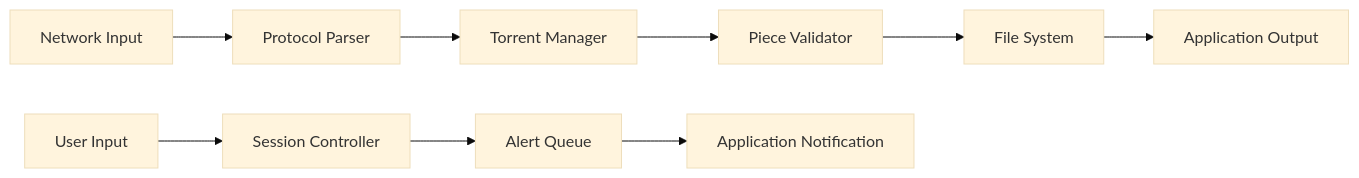
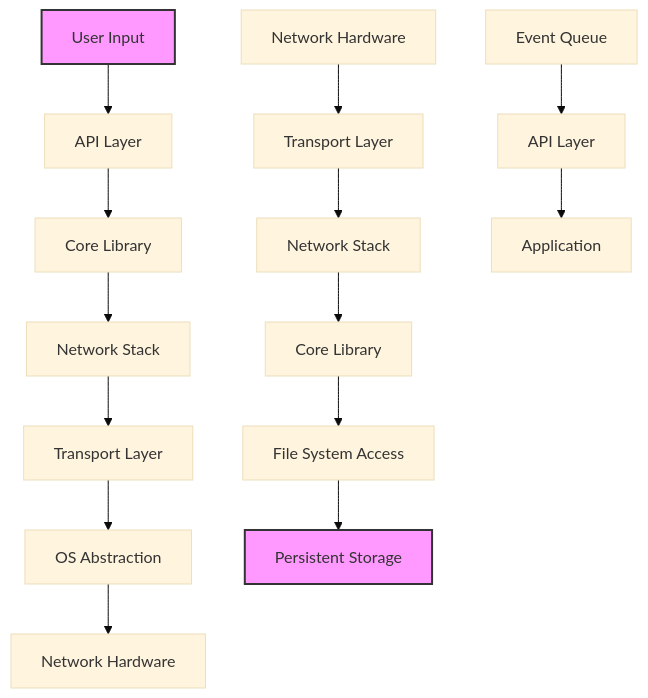
One commit to procrash/mkdocs_on_steroids changed the second of 3 diagrams in docs/generated/01-architecture.md. Above: the diagram before and after it, drawn with Mermaid (base theme). The commit also changed other lines of this file and 205 other files, not shown here.

````diff
--- a/docs/generated/01-architecture.md
+++ b/docs/generated/01-architecture.md
@@ -118,11 +137,21 @@
 ```mermaid
-flowchart LR
-    A[Network Input] --> B[Protocol Parser]
-    B --> C[Torrent Manager]
-    C --> D[Piece Validator]
-    D --> E[File System]
-    E --> F[Application Output]
-    G[User Input] --> H[Session Controller]
-    H --> I[Alert Queue]
-    I --> J[Application Notification]
+flowchart TD
+    A[User Input] --> B[API Layer]
+    B --> C[Core Library]
+    C --> D[Network Stack]
+    D --> E[Transport Layer]
+    E --> F[OS Abstraction]
+    F --> G[Network Hardware]
+    
+    H[Network Hardware] --> I[Transport Layer]
+    I --> J[Network Stack]
+    J --> K[Core Library]
+    K --> L[File System Access]
+    L --> M[Persistent Storage]
+    
+    N[Event Queue] --> O[API Layer]
+    O --> P[Application]
+    
+    style A fill:#f9f,stroke:#333,stroke-width:2px
+    style M fill:#f9f,stroke:#333,stroke-width:2px
 ```
````
